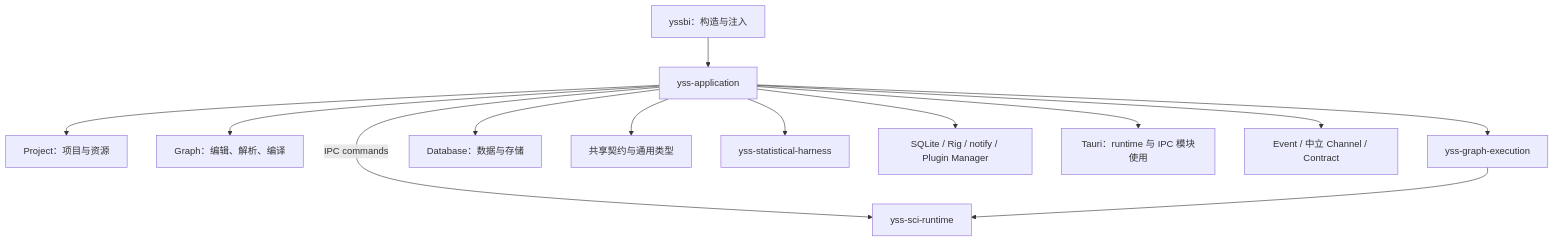
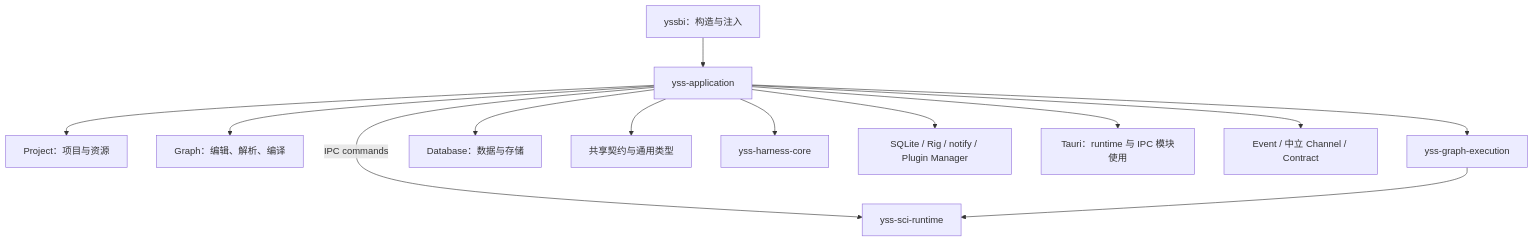
Before and after one commit to zhouyi207/YssBI: the diagram in src-tauri/crates/yss-application/README.md, drawn with Mermaid. The commit also changed other lines of this file and 48 other files, not shown here.

Commit message:
refactor(harness): unify crate names under yss-harness

````diff
--- a/src-tauri/crates/yss-application/README.md
+++ b/src-tauri/crates/yss-application/README.md
@@ -16,15 +16,15 @@
 ```mermaid
 flowchart TD
     ROOT["yssbi：构造与注入"] --> APP["yss-application"]
     APP --> PROJECT["Project：项目与资源"]
     APP --> GRAPH["Graph：编辑、解析、编译"]
     APP --> EXEC["yss-graph-execution"]
     APP --> DATA["Database：数据与存储"]
     APP --> CONTRACT["共享契约与通用类型"]
-    APP --> HARNESS["yss-statistical-harness"]
+    APP --> HARNESS["yss-harness-core"]
     APP --> ADAPTERS["SQLite / Rig / notify / Plugin Manager"]
     APP --> TAURI["Tauri：runtime 与 IPC 模块使用"]
     APP --> IPC["Event / 中立 Channel / Contract"]
     APP -->|IPC commands| SCI["yss-sci-runtime"]
     EXEC --> SCI
 ```
````
